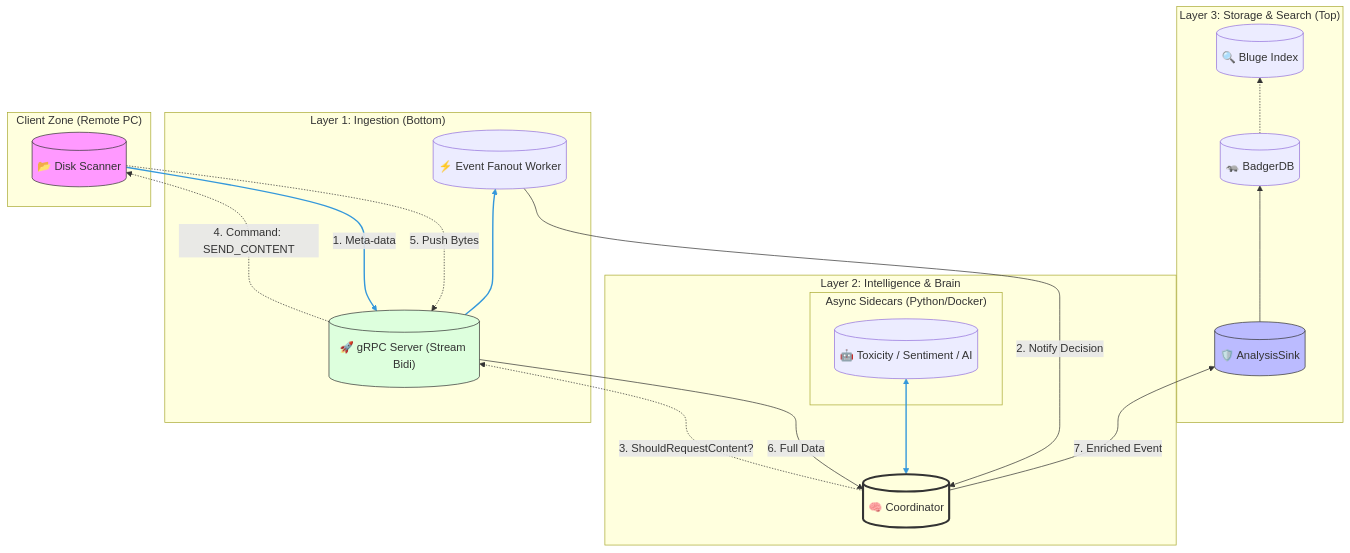
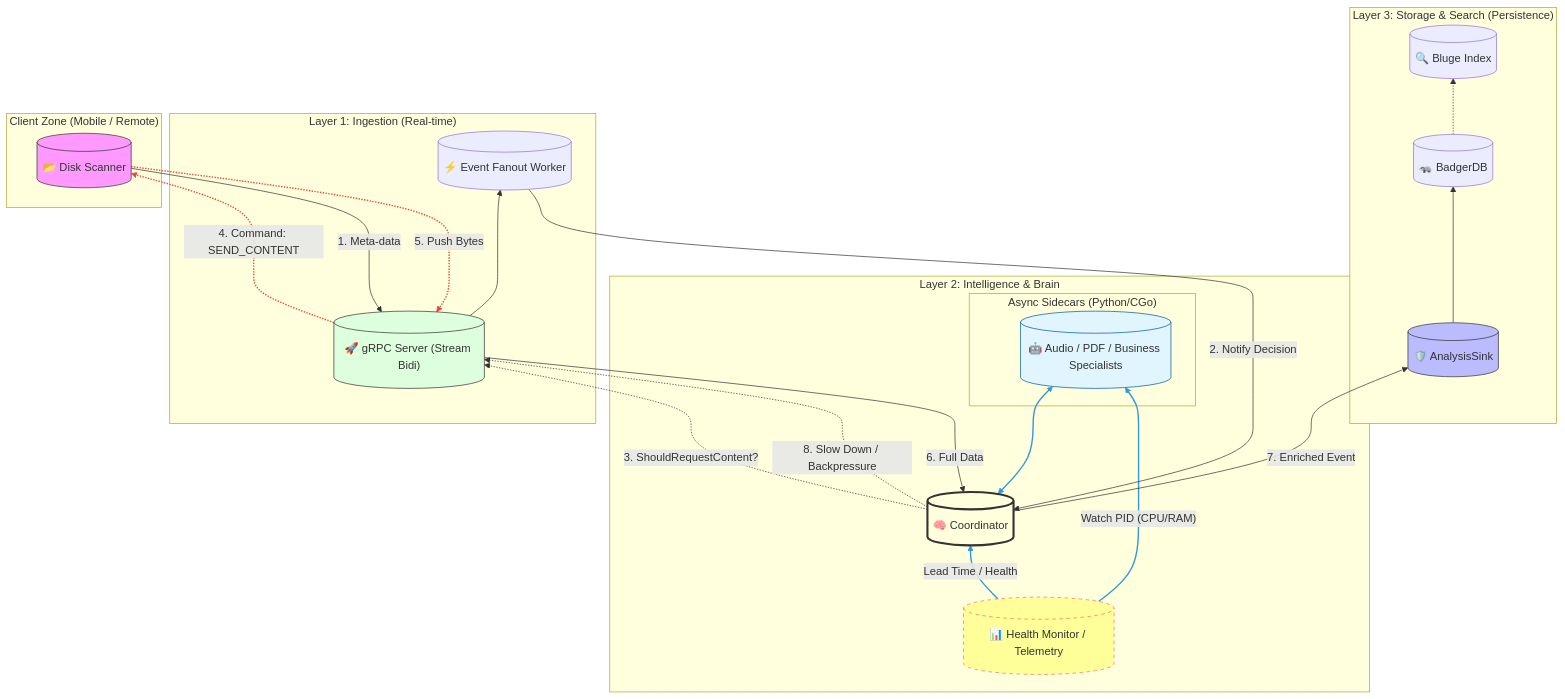
One commit to mama165/chat-lab changed the diagram in docs/ARCHITECTURE.md. Above: the diagram before and after it, drawn with Mermaid. The commit also changed 12 other files, not shown here.

Commit message:
feat: implement health monitoring worker

`````diff
--- a/docs/ARCHITECTURE.md
+++ b/docs/ARCHITECTURE.md
@@ -1,54 +1,67 @@
 ```mermaid
 graph BT
 %% Zones
-    subgraph Layer3 ["Layer 3: Storage & Search (Top)"]
+    subgraph Layer3 ["Layer 3: Storage & Search (Persistence)"]
         Badger[("🦡 BadgerDB")]
         Bluge[("🔍 Bluge Index")]
         Sink[("🛡️ AnalysisSink")]
 
         Sink --> Badger
         Badger -.-> Bluge
     end
 
     subgraph Layer2 ["Layer 2: Intelligence & Brain"]
         Coord[("🧠 Coordinator")]
+        
+        %% Nouveau composant de monitoring
+        Monitor[("📊 Health Monitor / Telemetry")]
 
-        subgraph Sidecars ["Async Sidecars (Python/Docker)"]
-            PythonAI[("🤖 Toxicity / Sentiment / AI")]
+        subgraph Sidecars ["Async Sidecars (Python/CGo)"]
+            PythonAI[("🤖 Audio / PDF / Business Specialists")]
         end
 
         Coord <--> PythonAI
+        
+        %% Flux de monitoring (Priorité 3 & 4)
+        Monitor -- "Watch PID (CPU/RAM)" --> PythonAI
+        Monitor -- "Lead Time / Health" --> Coord
     end
 
-    subgraph Layer1 ["Layer 1: Ingestion (Bottom)"]
+    subgraph Layer1 ["Layer 1: Ingestion (Real-time)"]
         gRPC_Srv[("🚀 gRPC Server (Stream Bidi)")]
         Fanout[("⚡ Event Fanout Worker")]
 
         gRPC_Srv --> Fanout
     end
 
-    subgraph Client ["Client Zone (Remote PC)"]
+    subgraph Client ["Client Zone (Mobile / Remote)"]
         Scanner[("📂 Disk Scanner")]
     end
 
-%% Flows - Ingestion Initiale
+%% Flows - Ingestion
     Scanner -- "1. Meta-data" --> gRPC_Srv
     Fanout -- "2. Notify Decision" --> Coord
 
 %% Flows - La Boucle de "Pull" (Bleue)
     Coord -.-> |"3. ShouldRequestContent?"| gRPC_Srv
     gRPC_Srv -.-> |"4. Command: SEND_CONTENT"| Scanner
     Scanner -.-> |"5. Push Bytes"| gRPC_Srv
 
-%% Flows - Enrichissement et Stockage
+%% Flows - Enrichissement et Télémétrie
     gRPC_Srv -- "6. Full Data" --> Coord
     Coord -- "7. Enriched Event" --> Sink
+    
+    %% Backpressure (Priorité 5)
+    Coord -.-> |"8. Slow Down / Backpressure"| gRPC_Srv
 
 %% Styling
     style Scanner fill:#f9f,stroke:#333
     style Coord fill:#ffd,stroke:#333,stroke-width:3px
+    style Monitor fill:#ff9,stroke:#f66,stroke-dasharray: 5 5
     style gRPC_Srv fill:#dfd,stroke:#333
     style Sink fill:#bbf,stroke:#333
+    style PythonAI fill:#e1f5fe,stroke:#01579b
 
     linkStyle 2,3,4 stroke:#3498db,stroke-width:2px;
+    linkStyle 9,10 stroke:#e74c3c,stroke-width:2px;
 ````
`````
